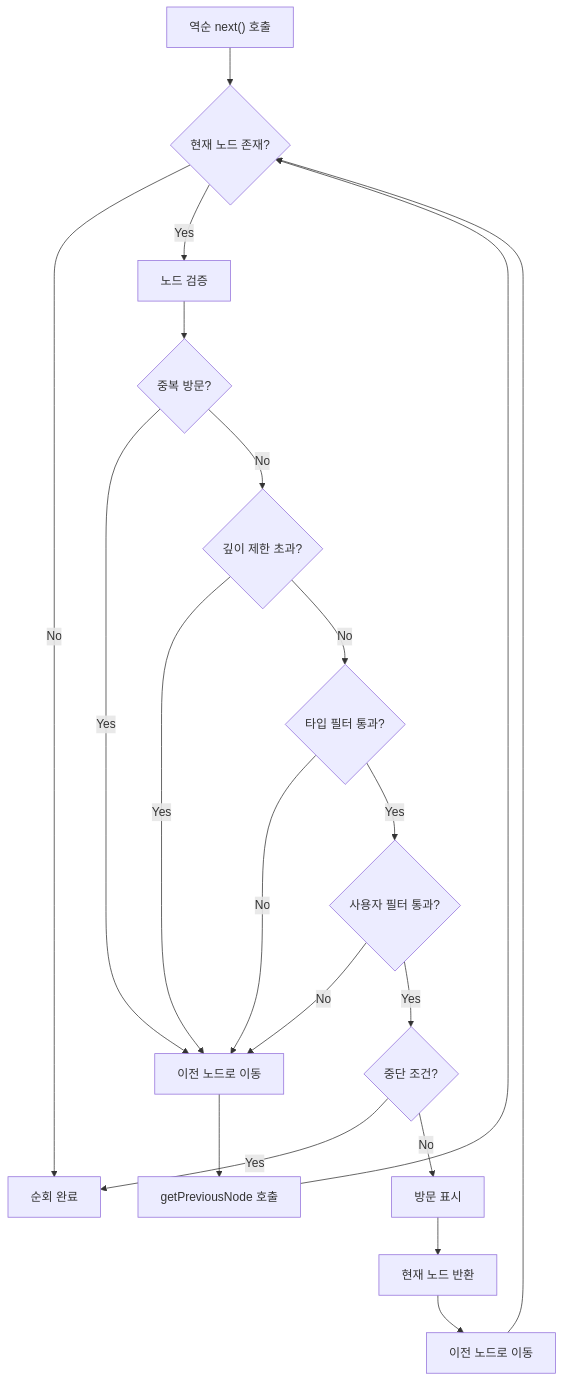
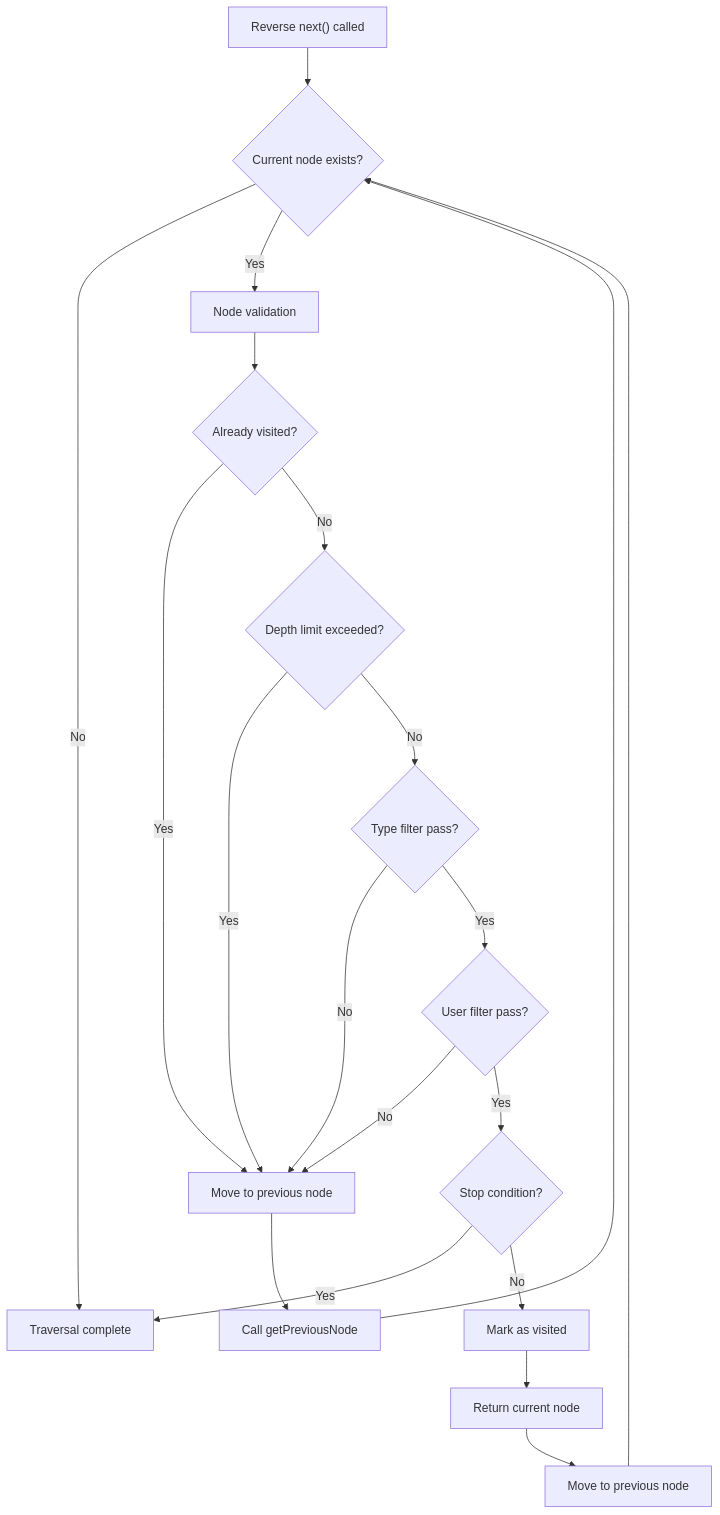
The sixth of 7 diagrams in packages/datastore/docs/document-iterator-spec.md (barocss/barocss-editor), drawn with Mermaid before and after one commit. The commit also changed other lines of this file and 147 other files, not shown here.

````diff
--- a/packages/datastore/docs/document-iterator-spec.md
+++ b/packages/datastore/docs/document-iterator-spec.md
@@ -239,22 +239,22 @@
 ```mermaid
 flowchart TD
-    A["역순 next() 호출"] --> B{현재 노드 존재?}
-    B -->|No| C[순회 완료]
-    B -->|Yes| D[노드 검증]
-    D --> E{중복 방문?}
-    E -->|Yes| F[이전 노드로 이동]
-    E -->|No| G{깊이 제한 초과?}
+    A["Reverse next() called"] --> B{Current node exists?}
+    B -->|No| C[Traversal complete]
+    B -->|Yes| D[Node validation]
+    D --> E{Already visited?}
+    E -->|Yes| F[Move to previous node]
+    E -->|No| G{Depth limit exceeded?}
     G -->|Yes| F
-    G -->|No| H{타입 필터 통과?}
+    G -->|No| H{Type filter pass?}
     H -->|No| F
-    H -->|Yes| I{사용자 필터 통과?}
+    H -->|Yes| I{User filter pass?}
     I -->|No| F
-    I -->|Yes| J{중단 조건?}
+    I -->|Yes| J{Stop condition?}
     J -->|Yes| C
-    J -->|No| K[방문 표시]
-    K --> L[현재 노드 반환]
-    L --> M[이전 노드로 이동]
+    J -->|No| K[Mark as visited]
+    K --> L[Return current node]
+    L --> M[Move to previous node]
     M --> B
-    F --> N[getPreviousNode 호출]
+    F --> N[Call getPreviousNode]
     N --> B
 ```
````
